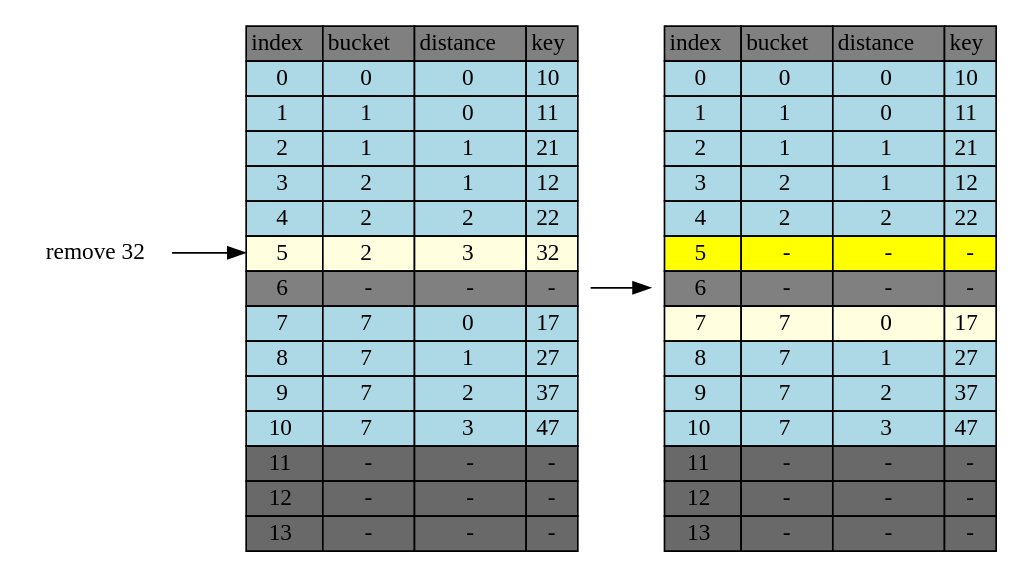
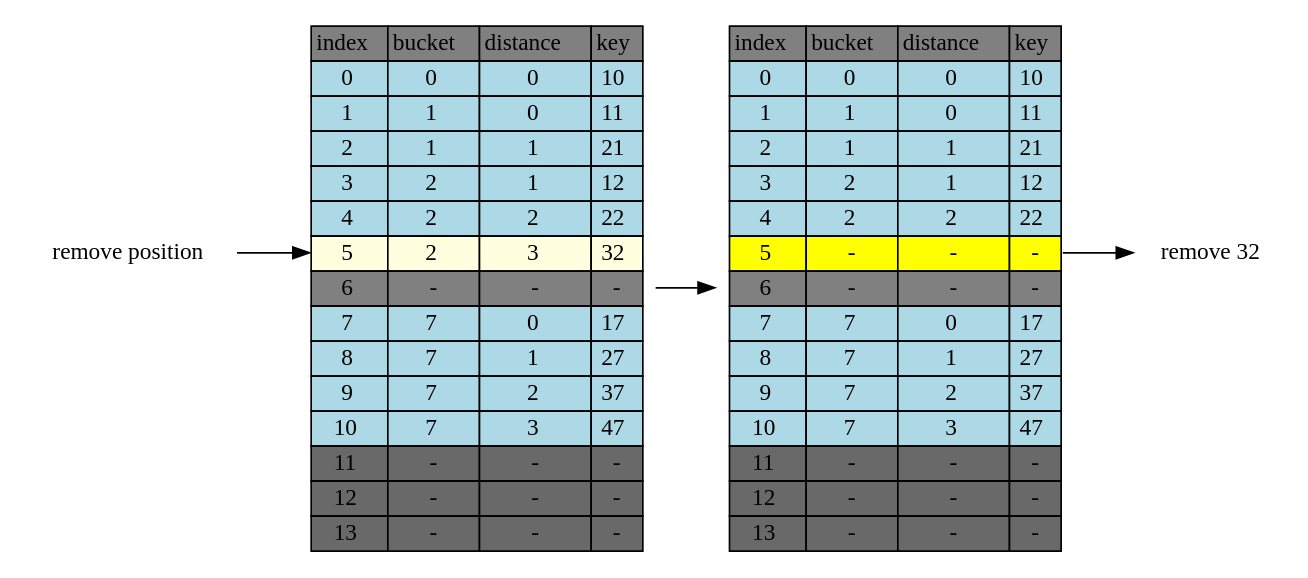
Before and after one commit to jasonlue/digest: the diagram in hashing/cluster-remove-32.dot, drawn with Graphviz. The commit also changed 5 other files, not shown here.

```diff
--- a/hashing/cluster-remove-32.dot
+++ b/hashing/cluster-remove-32.dot
@@ -1,196 +1,197 @@
 digraph table{
     rankdir=LR
     node[shape=plaintext]
 
     table[label=<
         <TABLE BORDER="0" CELLBORDER="1" CELLSPACING="0">
             <TR>
                 <TD BGCOLOR="grey">index</TD>
                 <TD BGCOLOR="grey">bucket</TD>
                 <TD BGCOLOR="grey">distance</TD>
                 <TD BGCOLOR="grey">key</TD>
             </TR>           
             <TR>
                 <TD BGCOLOR="lightblue" PORT="i0">0</TD>
                 <TD BGCOLOR="lightblue">0</TD>
                 <TD BGCOLOR="lightblue">0</TD>
                 <TD BGCOLOR="lightblue" PORT="k0">10</TD>
             </TR>           
             <TR>
                 <TD BGCOLOR="lightblue" PORT="i1">1</TD>
                 <TD BGCOLOR="lightblue">1</TD>
                 <TD BGCOLOR="lightblue">0</TD>
                 <TD BGCOLOR="lightblue" PORT="k1">11</TD>
             </TR>           
             <TR>
                 <TD BGCOLOR="lightblue" PORT="i2">2</TD>
                 <TD BGCOLOR="lightblue">1</TD>
                 <TD BGCOLOR="lightblue">1</TD>
                 <TD BGCOLOR="lightblue" PORT="k2">21</TD>
             </TR>           
             <TR>
                 <TD BGCOLOR="lightblue" PORT="i3">3</TD>
                 <TD BGCOLOR="lightblue">2</TD>
                 <TD BGCOLOR="lightblue">1</TD>
                 <TD BGCOLOR="lightblue" PORT="k3">12</TD>
             </TR>           
             <TR>
                 <TD BGCOLOR="lightblue" PORT="i4">4</TD>
                 <TD BGCOLOR="lightblue">2</TD>
                 <TD BGCOLOR="lightblue">2</TD>
                 <TD BGCOLOR="lightblue" PORT="k4">22</TD>
             </TR>           
             <TR>
                 <TD BGCOLOR="lightyellow" PORT="i5">5</TD>
                 <TD BGCOLOR="lightyellow">2</TD>
                 <TD BGCOLOR="lightyellow">3</TD>
                 <TD BGCOLOR="lightyellow" PORT="k5">32</TD>
             </TR>
             <TR>
                 <TD BGCOLOR="grey" PORT="i6">6</TD>
                 <TD BGCOLOR="grey">-</TD>
                 <TD BGCOLOR="grey">-</TD>
                 <TD BGCOLOR="grey" PORT="k6">-</TD> 
             </TR>           
             <TR>
                 <TD BGCOLOR="lightblue" PORT="i7">7</TD>
                 <TD BGCOLOR="lightblue">7</TD>
                 <TD BGCOLOR="lightblue">0</TD>
                 <TD BGCOLOR="lightblue" PORT="k7">17</TD>
             </TR>           
             <TR>
                 <TD BGCOLOR="lightblue" PORT="i8">8</TD>
                 <TD BGCOLOR="lightblue">7</TD>
                 <TD BGCOLOR="lightblue">1</TD>
                 <TD BGCOLOR="lightblue" PORT="k8">27</TD>
             </TR>           
             <TR>
                 <TD BGCOLOR="lightblue" PORT="i9">9</TD>
                 <TD BGCOLOR="lightblue">7</TD>
                 <TD BGCOLOR="lightblue">2</TD>
                 <TD BGCOLOR="lightblue" PORT="k9">37</TD>
             </TR>           
             <TR>
                 <TD BGCOLOR="lightblue" PORT="i10">10</TD>
                 <TD BGCOLOR="lightblue">7</TD>
                 <TD BGCOLOR="lightblue">3</TD>
                 <TD BGCOLOR="lightblue" PORT="k10">47</TD>
             </TR>           
             <TR>
                 <TD BGCOLOR="dimgrey" PORT="i11">11</TD>
                 <TD BGCOLOR="dimgrey">-</TD>
                 <TD BGCOLOR="dimgrey">-</TD>
                 <TD BGCOLOR="dimgrey" PORT="k11">-</TD>
             </TR>           
             <TR>
                 <TD BGCOLOR="dimgrey" PORT="i12">12</TD>
                 <TD BGCOLOR="dimgrey">-</TD>
                 <TD BGCOLOR="dimgrey">-</TD>
                 <TD BGCOLOR="dimgrey" PORT="k12">-</TD>
             </TR>           
             <TR>
                 <TD BGCOLOR="dimgrey" PORT="i13">13</TD>
                 <TD BGCOLOR="dimgrey">-</TD>
                 <TD BGCOLOR="dimgrey">-</TD>
                 <TD BGCOLOR="dimgrey" PORT="k13">-</TD>
             </TR>           
         </TABLE>
     >]
      table2[label=<
         <TABLE BORDER="0" CELLBORDER="1" CELLSPACING="0">
             <TR>
                 <TD BGCOLOR="grey">index</TD>
                 <TD BGCOLOR="grey">bucket</TD>
                 <TD BGCOLOR="grey">distance</TD>
                 <TD BGCOLOR="grey">key</TD>
             </TR>           
             <TR>
                 <TD BGCOLOR="lightblue" PORT="i0">0</TD>
                 <TD BGCOLOR="lightblue">0</TD>
                 <TD BGCOLOR="lightblue">0</TD>
                 <TD BGCOLOR="lightblue" PORT="k0">10</TD>
             </TR>           
             <TR>
                 <TD BGCOLOR="lightblue" PORT="i1">1</TD>
                 <TD BGCOLOR="lightblue">1</TD>
                 <TD BGCOLOR="lightblue">0</TD>
                 <TD BGCOLOR="lightblue" PORT="k1">11</TD>
             </TR>           
             <TR>
                 <TD BGCOLOR="lightblue" PORT="i2">2</TD>
                 <TD BGCOLOR="lightblue">1</TD>
                 <TD BGCOLOR="lightblue">1</TD>
                 <TD BGCOLOR="lightblue" PORT="k2">21</TD>
             </TR>           
             <TR>
                 <TD BGCOLOR="lightblue" PORT="i3">3</TD>
                 <TD BGCOLOR="lightblue">2</TD>
                 <TD BGCOLOR="lightblue">1</TD>
                 <TD BGCOLOR="lightblue" PORT="k3">12</TD>
             </TR>           
             <TR>
                 <TD BGCOLOR="lightblue" PORT="i4">4</TD>
                 <TD BGCOLOR="lightblue">2</TD>
                 <TD BGCOLOR="lightblue">2</TD>
                 <TD BGCOLOR="lightblue" PORT="k4">22</TD>
             </TR>           
             <TR>
                 <TD BGCOLOR="yellow" PORT="i5">5</TD>
                 <TD BGCOLOR="yellow">-</TD>
                 <TD BGCOLOR="yellow">-</TD>
                 <TD BGCOLOR="yellow" PORT="k5">-</TD>
             </TR>
             <TR>
                 <TD BGCOLOR="grey" PORT="i6">6</TD>
                 <TD BGCOLOR="grey">-</TD>
                 <TD BGCOLOR="grey">-</TD>
                 <TD BGCOLOR="grey" PORT="k6">-</TD> 
             </TR>           
             <TR>
-                <TD BGCOLOR="lightyellow" PORT="i7">7</TD>
-                <TD BGCOLOR="lightyellow">7</TD>
-                <TD BGCOLOR="lightyellow">0</TD>
-                <TD BGCOLOR="lightyellow" PORT="k7">17</TD>
+                <TD BGCOLOR="lightblue" PORT="i7">7</TD>
+                <TD BGCOLOR="lightblue">7</TD>
+                <TD BGCOLOR="lightblue">0</TD>
+                <TD BGCOLOR="lightblue" PORT="k7">17</TD>
             </TR>           
             <TR>
                 <TD BGCOLOR="lightblue" PORT="i8">8</TD>
                 <TD BGCOLOR="lightblue">7</TD>
                 <TD BGCOLOR="lightblue">1</TD>
                 <TD BGCOLOR="lightblue" PORT="k8">27</TD>
             </TR>           
             <TR>
                 <TD BGCOLOR="lightblue" PORT="i9">9</TD>
                 <TD BGCOLOR="lightblue">7</TD>
                 <TD BGCOLOR="lightblue">2</TD>
                 <TD BGCOLOR="lightblue" PORT="k9">37</TD>
             </TR>           
             <TR>
                 <TD BGCOLOR="lightblue" PORT="i10">10</TD>
                 <TD BGCOLOR="lightblue">7</TD>
                 <TD BGCOLOR="lightblue">3</TD>
                 <TD BGCOLOR="lightblue" PORT="k10">47</TD>
             </TR>           
             <TR>
                 <TD BGCOLOR="dimgrey" PORT="i11">11</TD>
                 <TD BGCOLOR="dimgrey">-</TD>
                 <TD BGCOLOR="dimgrey">-</TD>
                 <TD BGCOLOR="dimgrey" PORT="k11">-</TD>
             </TR>           
             <TR>
                 <TD BGCOLOR="dimgrey" PORT="i12">12</TD>
                 <TD BGCOLOR="dimgrey">-</TD>
                 <TD BGCOLOR="dimgrey">-</TD>
                 <TD BGCOLOR="dimgrey" PORT="k12">-</TD>
             </TR>           
             <TR>
                 <TD BGCOLOR="dimgrey" PORT="i13">13</TD>
                 <TD BGCOLOR="dimgrey">-</TD>
                 <TD BGCOLOR="dimgrey">-</TD>
                 <TD BGCOLOR="dimgrey" PORT="k13">-</TD>
             </TR>           
         </TABLE>
     >]
 
- "remove 32" -> table:i5
- table->table2
+    "remove position" -> table:i5
+    table2:k5 ->  "remove 32"
+    table->table2
 }
```
